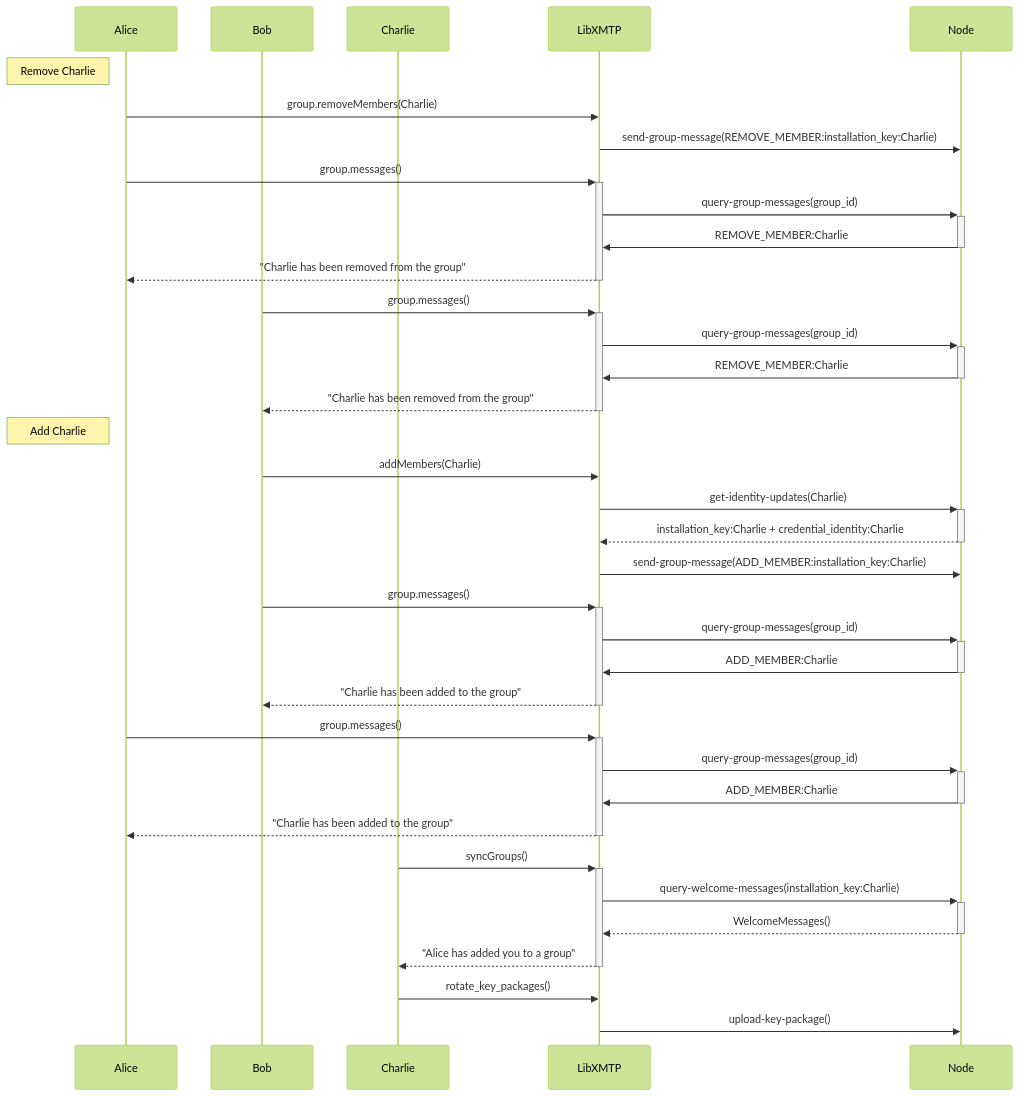
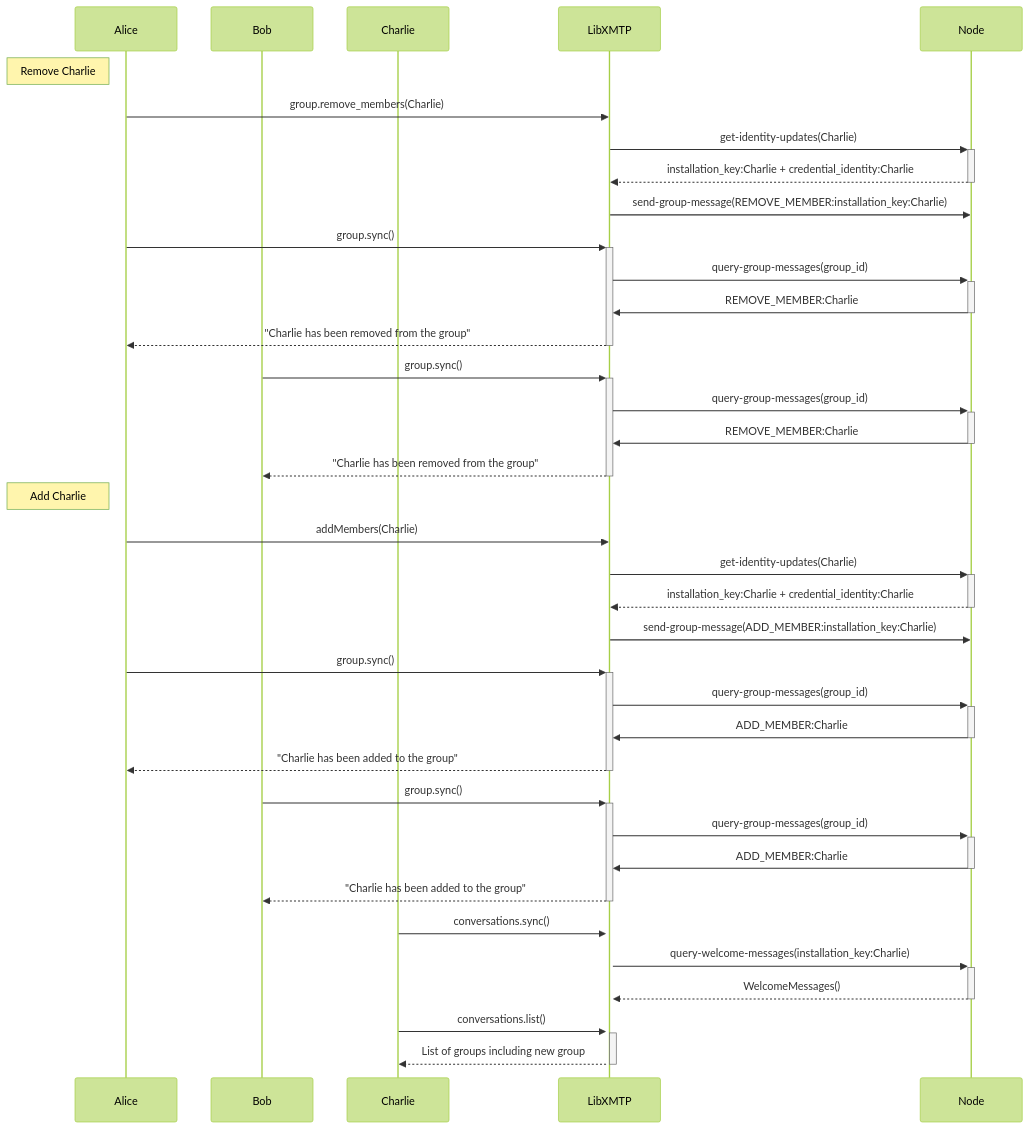
The diagram in diagrams/add-remove.mermaid (xmtp/libxmtp), drawn with Mermaid (forest theme) before and after one commit. The commit also changed 5 other files, not shown here.

```diff
--- a/diagrams/add-remove.mermaid
+++ b/diagrams/add-remove.mermaid
@@ -1,39 +1,40 @@
 sequenceDiagram
     participant Alice
     participant Bob
     participant Charlie
     participant LibXMTP
     participant Node
-    
+
     Note left of Alice: Remove Charlie
 
-    Alice->>LibXMTP: group.removeMembers(Charlie)
+    Alice->>LibXMTP: group.remove_members(Charlie)
+    LibXMTP->>+Node: get-identity-updates(Charlie)
+    Node-->>-LibXMTP: installation_key:Charlie + credential_identity:Charlie  
     LibXMTP->>Node: send-group-message(REMOVE_MEMBER:installation_key:Charlie)
-    Alice->>+LibXMTP: group.messages()
+    Alice->>+LibXMTP: group.sync()
     LibXMTP->>+Node: query-group-messages(group_id)
     Node->>-LibXMTP: REMOVE_MEMBER:Charlie
     LibXMTP-->>-Alice: "Charlie has been removed from the group"
-    Bob->>+LibXMTP: group.messages()
+    Bob->>+LibXMTP: group.sync()
     LibXMTP->>+Node: query-group-messages(group_id)
     Node->>-LibXMTP: REMOVE_MEMBER:Charlie
     LibXMTP-->>-Bob: "Charlie has been removed from the group"
 
     Note left of Alice: Add Charlie
-    Bob->>LibXMTP: addMembers(Charlie)
+    Alice->>LibXMTP: addMembers(Charlie)
     LibXMTP->>+Node: get-identity-updates(Charlie)
     Node-->>-LibXMTP: installation_key:Charlie + credential_identity:Charlie  
     LibXMTP->>Node: send-group-message(ADD_MEMBER:installation_key:Charlie)
-    Bob->>+LibXMTP: group.messages()
+    Alice->>+LibXMTP: group.sync()
+    LibXMTP->>+Node: query-group-messages(group_id)
+    Node->>-LibXMTP: ADD_MEMBER:Charlie
+    LibXMTP-->>-Alice: "Charlie has been added to the group"
+    Bob->>+LibXMTP: group.sync()
     LibXMTP->>+Node: query-group-messages(group_id)
     Node->>-LibXMTP: ADD_MEMBER:Charlie
     LibXMTP-->>-Bob: "Charlie has been added to the group"    
-    Alice->>+LibXMTP: group.messages()
-    LibXMTP->>+Node: query-group-messages(group_id)
-    Node->>-LibXMTP: ADD_MEMBER:Charlie
-    LibXMTP-->>-Alice: "Charlie has been added to the group"  
-    Charlie->>+LibXMTP: syncGroups()
+    Charlie->>+LibXMTP: conversations.sync()
     LibXMTP->>+Node: query-welcome-messages(installation_key:Charlie)
     Node-->>-LibXMTP: WelcomeMessages()
-    LibXMTP-->>-Charlie: "Alice has added you to a group"   
-    Charlie->>LibXMTP: rotate_key_packages()
-    LibXMTP->>Node: upload-key-package()   
+    Charlie->>+LibXMTP: conversations.list()
+    LibXMTP-->>-Charlie: List of groups including new group  
```
